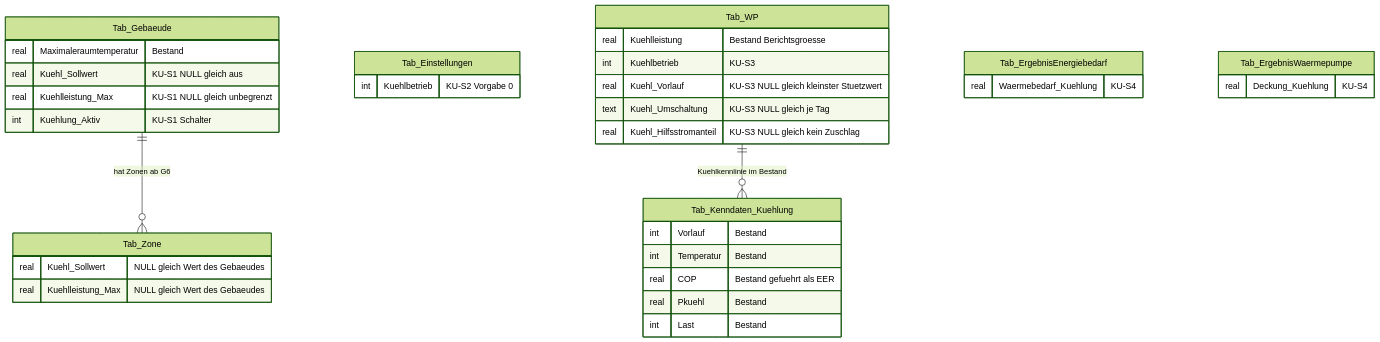
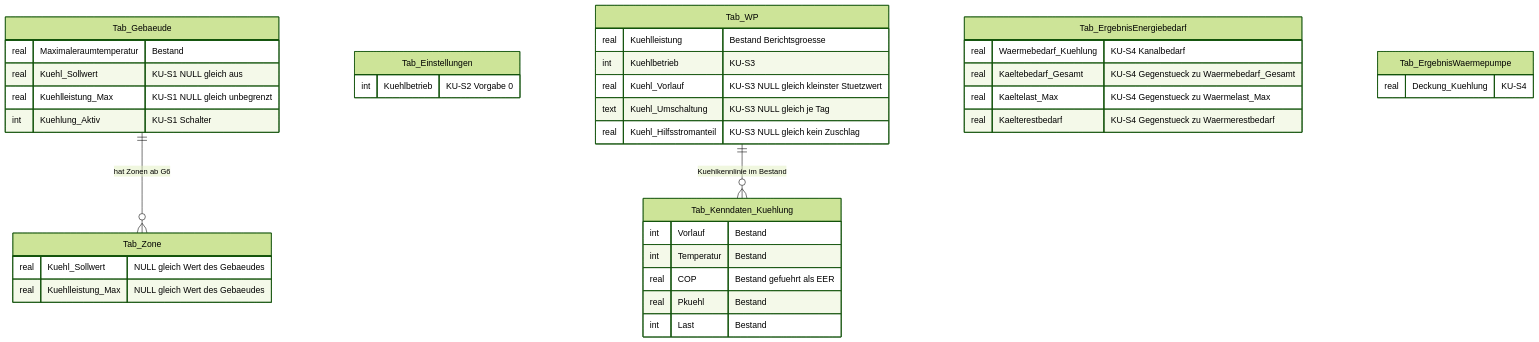
Before and after one commit to inekon/EPOS-Plan: the third of 4 diagrams in Dokumentation/aktuell/Konzept_Kuehlung_Gebaeudesimulation_EPOS-Plan.md, drawn with Mermaid (forest theme). The commit also changed other lines of this file and 13 other files, not shown here.

````diff
--- a/Dokumentation/aktuell/Konzept_Kuehlung_Gebaeudesimulation_EPOS-Plan.md
+++ b/Dokumentation/aktuell/Konzept_Kuehlung_Gebaeudesimulation_EPOS-Plan.md
@@ -1150,38 +1324,41 @@
 ```mermaid
 erDiagram
     Tab_Gebaeude ||--o{ Tab_Zone : "hat Zonen ab G6"
     Tab_Gebaeude {
         real Maximaleraumtemperatur "Bestand"
         real Kuehl_Sollwert "KU-S1 NULL gleich aus"
         real Kuehlleistung_Max "KU-S1 NULL gleich unbegrenzt"
         int Kuehlung_Aktiv "KU-S1 Schalter"
     }
     Tab_Zone {
         real Kuehl_Sollwert "NULL gleich Wert des Gebaeudes"
         real Kuehlleistung_Max "NULL gleich Wert des Gebaeudes"
     }
     Tab_Einstellungen {
         int Kuehlbetrieb "KU-S2 Vorgabe 0"
     }
     Tab_WP ||--o{ Tab_Kenndaten_Kuehlung : "Kuehlkennlinie im Bestand"
     Tab_WP {
         real Kuehlleistung "Bestand Berichtsgroesse"
         int Kuehlbetrieb "KU-S3"
         real Kuehl_Vorlauf "KU-S3 NULL gleich kleinster Stuetzwert"
         text Kuehl_Umschaltung "KU-S3 NULL gleich je Tag"
         real Kuehl_Hilfsstromanteil "KU-S3 NULL gleich kein Zuschlag"
     }
     Tab_Kenndaten_Kuehlung {
         int Vorlauf "Bestand"
         int Temperatur "Bestand"
         real COP "Bestand gefuehrt als EER"
         real Pkuehl "Bestand"
         int Last "Bestand"
     }
     Tab_ErgebnisEnergiebedarf {
-        real Waermebedarf_Kuehlung "KU-S4"
+        real Waermebedarf_Kuehlung "KU-S4 Kanalbedarf"
+        real Kaeltebedarf_Gesamt "KU-S4 Gegenstueck zu Waermebedarf_Gesamt"
+        real Kaeltelast_Max "KU-S4 Gegenstueck zu Waermelast_Max"
+        real Kaelterestbedarf "KU-S4 Gegenstueck zu Waermerestbedarf"
     }
     Tab_ErgebnisWaermepumpe {
         real Deckung_Kuehlung "KU-S4"
     }
 ```
````
